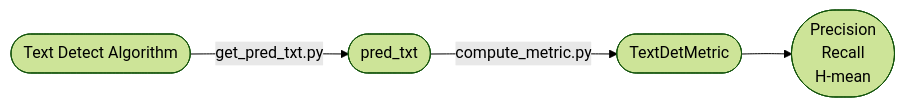
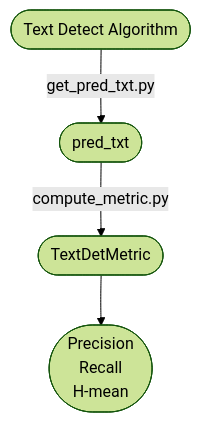
The diagram in README.md (SWHL/TextDetMetric), drawn with Mermaid (forest theme) before and after one commit.

````diff
--- a/README.md
+++ b/README.md
@@ -15,8 +15,8 @@
 ```mermaid
-flowchart LR
+flowchart TD
 
 A([Text Detect Algorithm]) --get_pred_txt.py--> B([pred_txt])
 B --compute_metric.py--> C([TextDetMetric]) --> Metric(["Precision
 Recall
 H-mean"])
 ```
````
